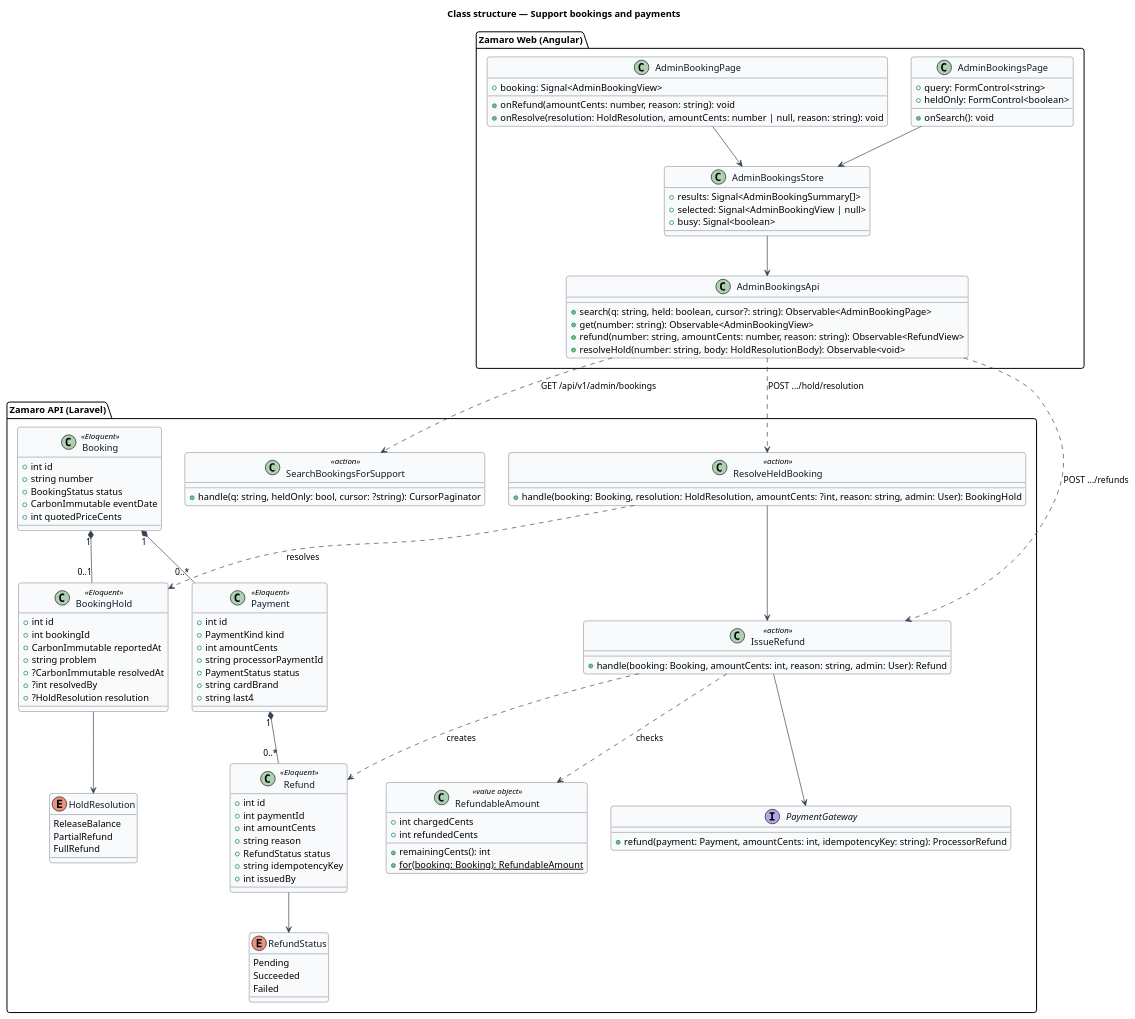
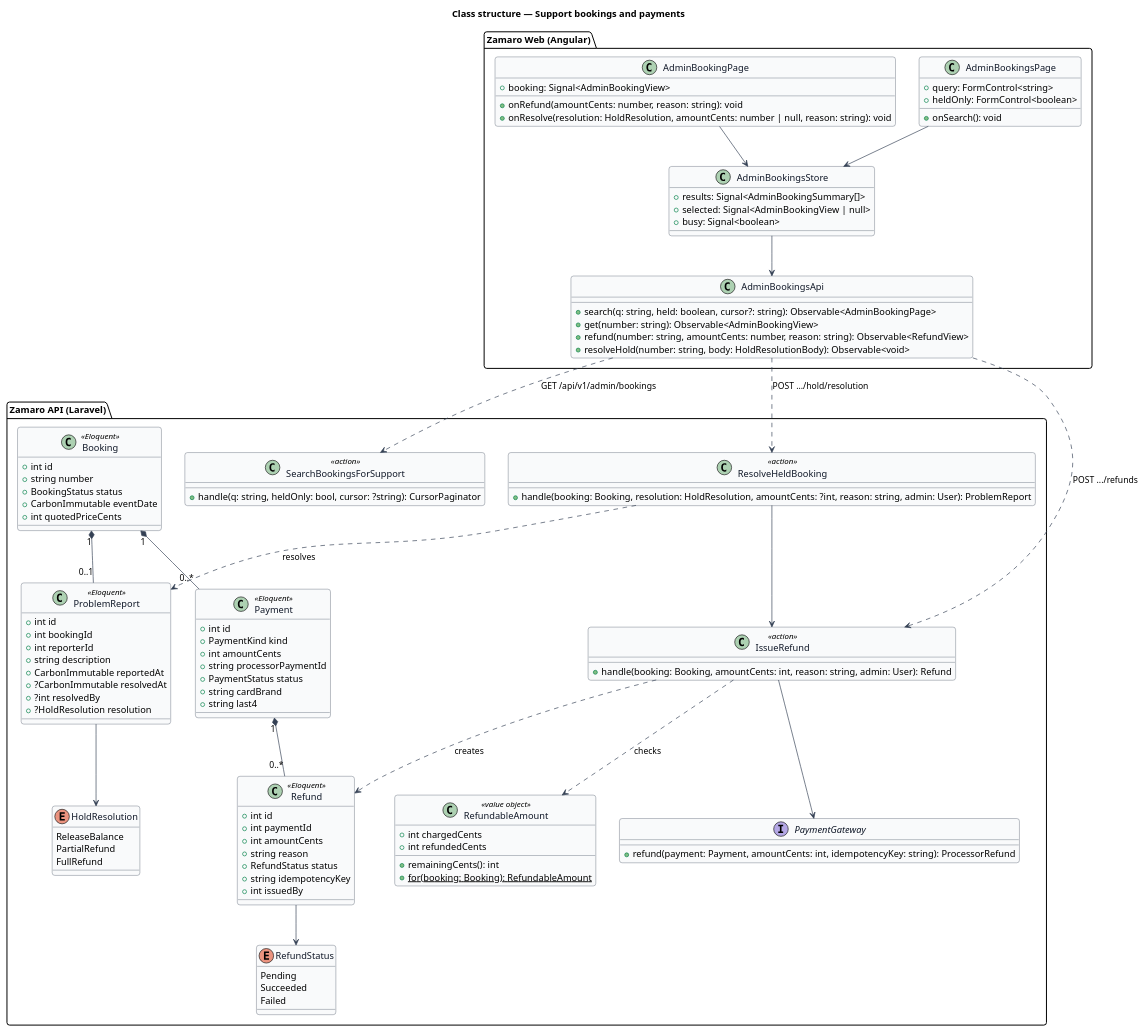
The diagram in docs/detailed-designs/administration/support-bookings-and-payments/diagrams/class-structure.puml (QuinntyneBrown/zamaro), drawn with PlantUML before and after one commit. The commit also changed 140 other files, not shown here.

```diff
--- a/docs/detailed-designs/administration/support-bookings-and-payments/diagrams/class-structure.puml
+++ b/docs/detailed-designs/administration/support-bookings-and-payments/diagrams/class-structure.puml
@@ -1,121 +1,122 @@
 @startuml
 ' --- shared skin header ---
 skinparam backgroundColor #FFFFFF
 skinparam shadowing false
 skinparam roundcorner 8
 skinparam defaultFontName Arial
 skinparam ArrowColor #344054
 skinparam class {
   BorderColor #344054
   FontColor #101828
   BackgroundColor #F9FAFB
 }
 ' --------------------------
 title Class structure — Support bookings and payments
 
 package "Zamaro Web (Angular)" {
   class AdminBookingsPage {
     +query: FormControl<string>
     +heldOnly: FormControl<boolean>
     +onSearch(): void
   }
   class AdminBookingPage {
     +booking: Signal<AdminBookingView>
     +onRefund(amountCents: number, reason: string): void
     +onResolve(resolution: HoldResolution, amountCents: number | null, reason: string): void
   }
   class AdminBookingsStore {
     +results: Signal<AdminBookingSummary[]>
     +selected: Signal<AdminBookingView | null>
     +busy: Signal<boolean>
   }
   class AdminBookingsApi {
     +search(q: string, held: boolean, cursor?: string): Observable<AdminBookingPage>
     +get(number: string): Observable<AdminBookingView>
     +refund(number: string, amountCents: number, reason: string): Observable<RefundView>
     +resolveHold(number: string, body: HoldResolutionBody): Observable<void>
   }
 }
 
 package "Zamaro API (Laravel)" {
   class SearchBookingsForSupport <<action>> {
     +handle(q: string, heldOnly: bool, cursor: ?string): CursorPaginator
   }
   class IssueRefund <<action>> {
     +handle(booking: Booking, amountCents: int, reason: string, admin: User): Refund
   }
   class ResolveHeldBooking <<action>> {
-    +handle(booking: Booking, resolution: HoldResolution, amountCents: ?int, reason: string, admin: User): BookingHold
+    +handle(booking: Booking, resolution: HoldResolution, amountCents: ?int, reason: string, admin: User): ProblemReport
   }
   interface PaymentGateway {
     +refund(payment: Payment, amountCents: int, idempotencyKey: string): ProcessorRefund
   }
   class RefundableAmount <<value object>> {
     +int chargedCents
     +int refundedCents
     +remainingCents(): int
     +{static} for(booking: Booking): RefundableAmount
   }
   class Booking <<Eloquent>> {
     +int id
     +string number
     +BookingStatus status
     +CarbonImmutable eventDate
     +int quotedPriceCents
   }
   class Payment <<Eloquent>> {
     +int id
     +PaymentKind kind
     +int amountCents
     +string processorPaymentId
     +PaymentStatus status
     +string cardBrand
     +string last4
   }
   class Refund <<Eloquent>> {
     +int id
     +int paymentId
     +int amountCents
     +string reason
     +RefundStatus status
     +string idempotencyKey
     +int issuedBy
   }
-  class BookingHold <<Eloquent>> {
+  class ProblemReport <<Eloquent>> {
     +int id
     +int bookingId
+    +int reporterId
+    +string description
     +CarbonImmutable reportedAt
-    +string problem
     +?CarbonImmutable resolvedAt
     +?int resolvedBy
     +?HoldResolution resolution
   }
   enum HoldResolution {
     ReleaseBalance
     PartialRefund
     FullRefund
   }
   enum RefundStatus {
     Pending
     Succeeded
     Failed
   }
 }
 
 AdminBookingsPage --> AdminBookingsStore
 AdminBookingPage --> AdminBookingsStore
 AdminBookingsStore --> AdminBookingsApi
 AdminBookingsApi ..> SearchBookingsForSupport : GET /api/v1/admin/bookings
 AdminBookingsApi ..> IssueRefund : POST .../refunds
 AdminBookingsApi ..> ResolveHeldBooking : POST .../hold/resolution
 IssueRefund ..> RefundableAmount : checks
 IssueRefund --> PaymentGateway
 IssueRefund ..> Refund : creates
 ResolveHeldBooking --> IssueRefund
-ResolveHeldBooking ..> BookingHold : resolves
+ResolveHeldBooking ..> ProblemReport : resolves
 Booking "1" *-- "0..*" Payment
 Payment "1" *-- "0..*" Refund
-Booking "1" *-- "0..1" BookingHold
-BookingHold --> HoldResolution
+Booking "1" *-- "0..1" ProblemReport
+ProblemReport --> HoldResolution
 Refund --> RefundStatus
 @enduml
```
